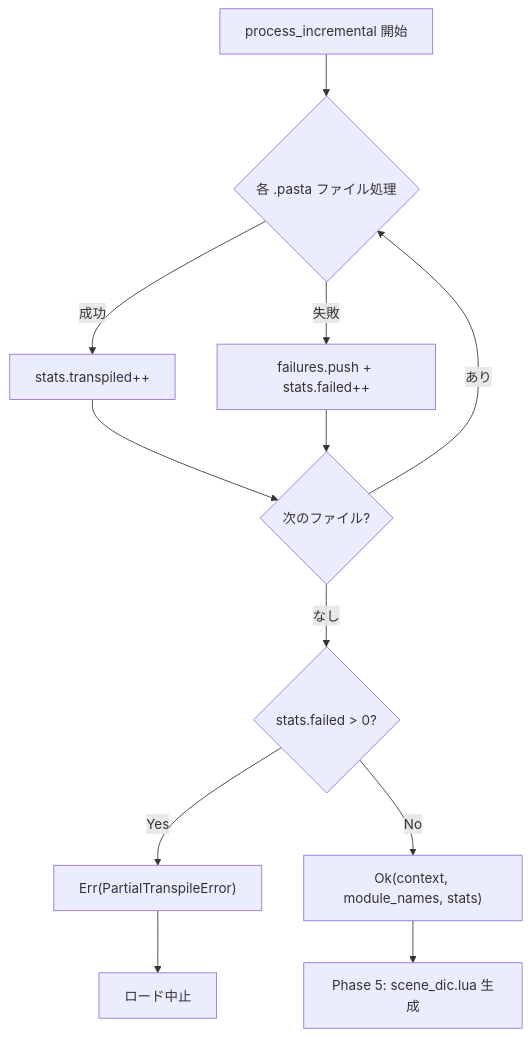
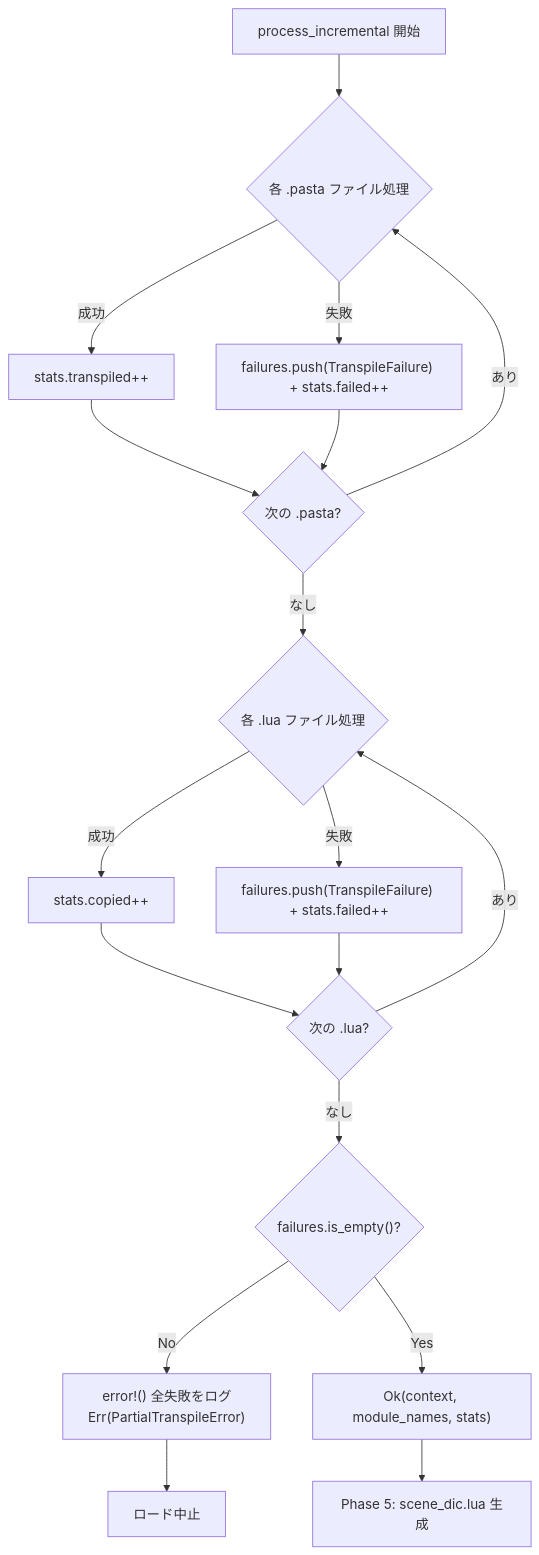
The fourth of 4 diagrams in .kiro/specs/load-error-logging/design.md (ekicyou/pasta), drawn with Mermaid before and after one commit. The commit also changed other lines of this file and 2 other files, not shown here.

First line of the commit message:
spec(load-error-logging): design.md最終リファインメント

````diff
--- a/.kiro/specs/load-error-logging/design.md
+++ b/.kiro/specs/load-error-logging/design.md
@@ -143,14 +192,20 @@
 ```mermaid
 flowchart TD
     A[process_incremental 開始] --> B{各 .pasta ファイル処理}
     B -->|成功| C[stats.transpiled++]
-    B -->|失敗| D[failures.push + stats.failed++]
-    C --> E{次のファイル?}
+    B -->|失敗| D["failures.push(TranspileFailure) + stats.failed++"]
+    C --> E{次の .pasta?}
     D --> E
     E -->|あり| B
-    E -->|なし| F{stats.failed > 0?}
-    F -->|Yes| G["Err(PartialTranspileError)"]
-    F -->|No| H["Ok(context, module_names, stats)"]
-    G --> I[ロード中止]
-    H --> J[Phase 5: scene_dic.lua 生成]
+    E -->|なし| F{各 .lua ファイル処理}
+    F -->|成功| G[stats.copied++]
+    F -->|失敗| H["failures.push(TranspileFailure) + stats.failed++"]
+    G --> I{次の .lua?}
+    H --> I
+    I -->|あり| F
+    I -->|なし| J{"failures.is_empty()?"}
+    J -->|No| K["error!() 全失敗をログ<br/>Err(PartialTranspileError)"]
+    J -->|Yes| L["Ok(context, module_names, stats)"]
+    K --> M[ロード中止]
+    L --> N[Phase 5: scene_dic.lua 生成]
 ```
````
